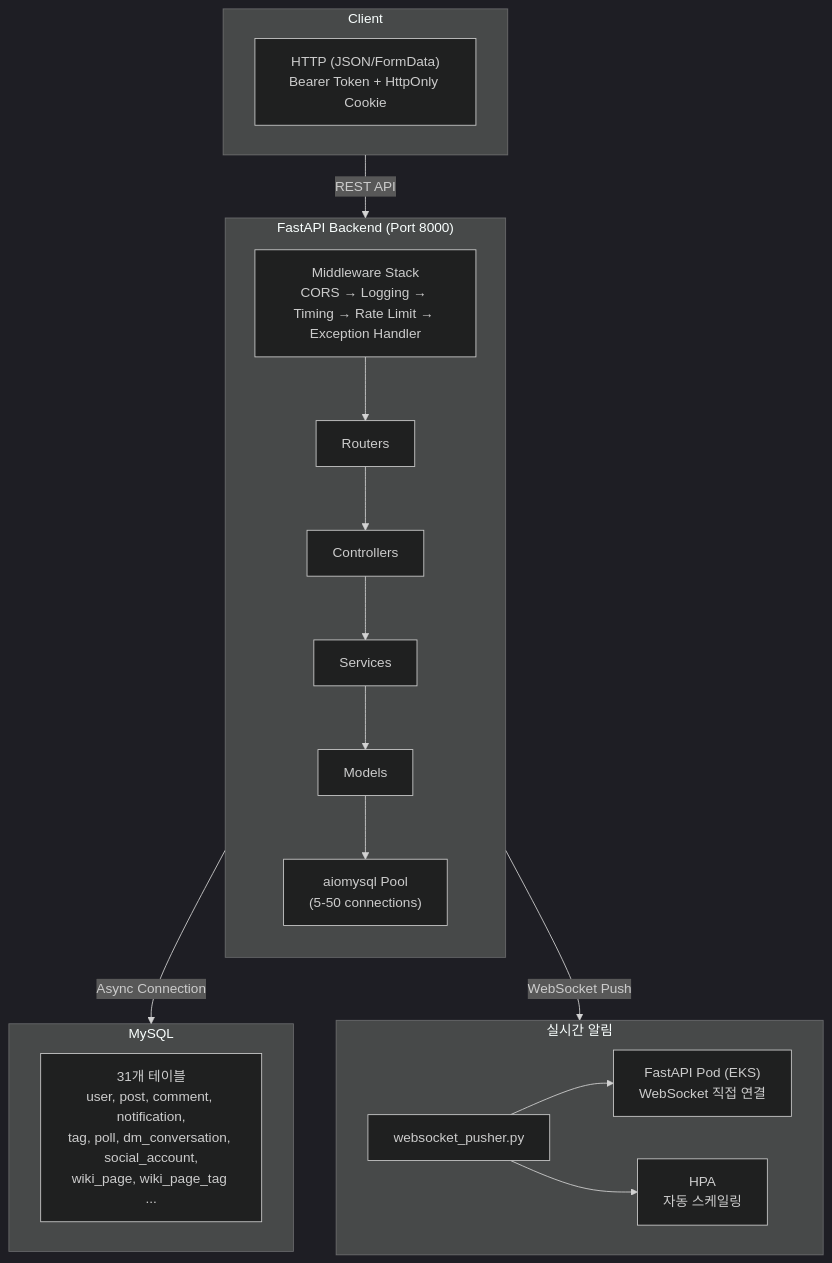
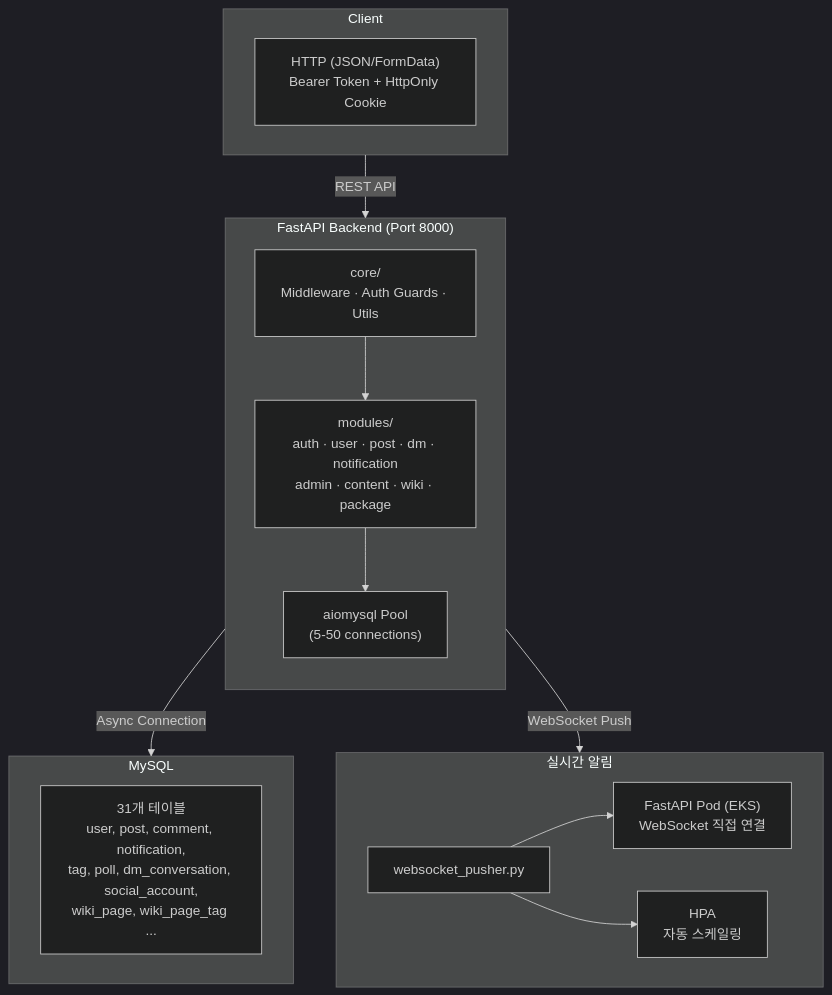
Before and after one commit to revenantonthemission/2-cho-community-be: the first of 5 diagrams in README.md, drawn with Mermaid (dark theme). The commit also changed other lines of this file, not shown here.

````diff
--- a/README.md
+++ b/README.md
@@ -23,32 +23,30 @@
 ```mermaid
 flowchart TD
     subgraph Client["Client"]
         FE["HTTP (JSON/FormData)<br/>Bearer Token + HttpOnly Cookie"]
     end
 
     Client -->|"REST API"| Backend
 
     subgraph Backend["FastAPI Backend (Port 8000)"]
         direction TB
-        MW["Middleware Stack<br/>CORS → Logging → Timing → Rate Limit → Exception Handler"]
-        MW --> Routers
-        Routers --> Controllers
-        Controllers --> Services
-        Services --> Models
-        Models --> Pool["aiomysql Pool<br/>(5-50 connections)"]
+        Core["core/<br/>Middleware · Auth Guards · Utils"]
+        Core --> Modules
+        Modules["modules/<br/>auth · user · post · dm · notification<br/>admin · content · wiki · package"]
+        Modules --> Pool["aiomysql Pool<br/>(5-50 connections)"]
     end
 
     Backend -->|"Async Connection"| DB
 
     subgraph DB["MySQL"]
         Tables["31개 테이블<br/>user, post, comment, notification,<br/>tag, poll, dm_conversation, social_account,<br/>wiki_page, wiki_page_tag ..."]
     end
 
     Backend -->|"WebSocket Push"| WS
 
     subgraph WS["실시간 알림"]
         Pusher["websocket_pusher.py"]
         Pusher --> K8sPod["FastAPI Pod (EKS)<br/>WebSocket 직접 연결"]
         Pusher --> HPA["HPA<br/>자동 스케일링"]
     end
 ```
````
